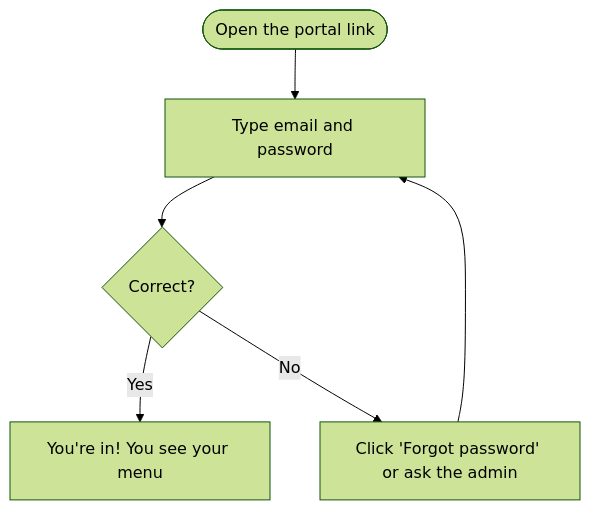
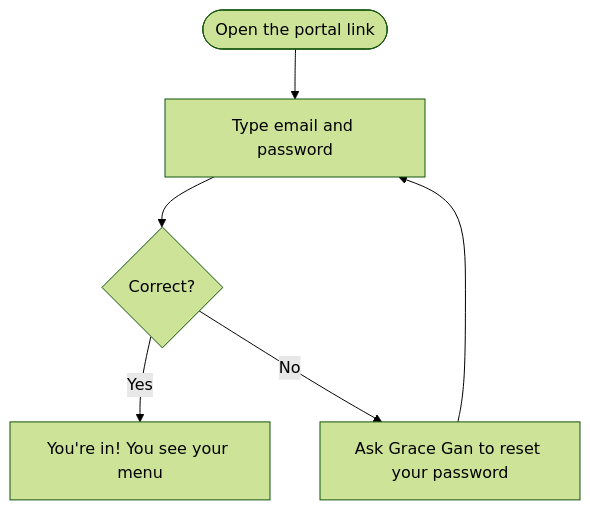
Before and after one commit to A1plusStarkson/PCF-Portal: the second of 4 diagrams in USER_GUIDE.md, drawn with Mermaid (forest theme). The commit also changed other lines of this file and 5 other files, not shown here.

````diff
--- a/USER_GUIDE.md
+++ b/USER_GUIDE.md
@@ -70,8 +75,8 @@
 ```mermaid
 flowchart TD
     S([Open the portal link]) --> L[Type email and password]
     L --> C{Correct?}
     C -- Yes --> H[You're in! You see your menu]
-    C -- No --> F[Click 'Forgot password' or ask the admin]
+    C -- No --> F[Ask Grace Gan to reset your password]
     F --> L
 ```
````
